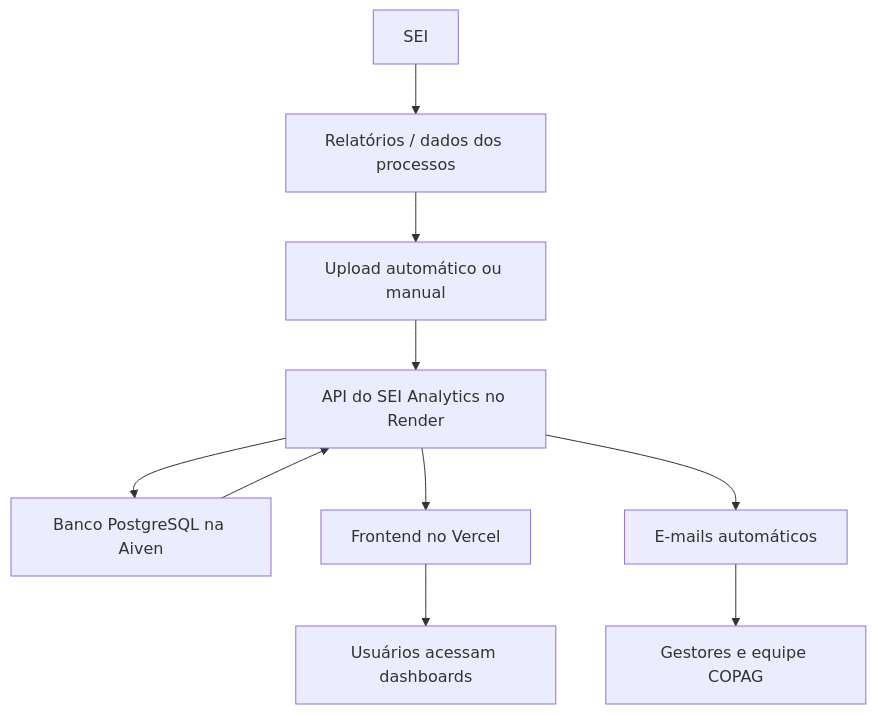
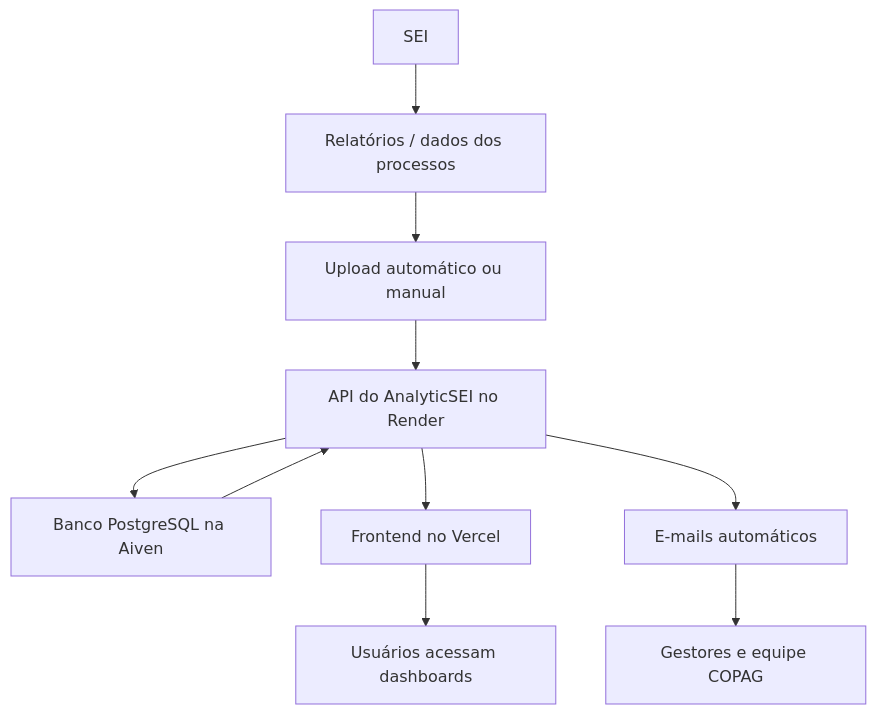
One commit to copag-progep/bi-copag changed the diagram in SEI_ANALYTICS_APRESENTACAO_EQUIPE.md. Above: the diagram before and after it, drawn with Mermaid. The commit also changed other lines of this file and 18 other files, not shown here.

Commit message:
chore: renomear plataforma para AnalyticSEI

````diff
--- a/SEI_ANALYTICS_APRESENTACAO_EQUIPE.md
+++ b/SEI_ANALYTICS_APRESENTACAO_EQUIPE.md
@@ -320,12 +320,12 @@
 ```mermaid
 flowchart TD
     A["SEI"] --> B["Relatórios / dados dos processos"]
     B --> C["Upload automático ou manual"]
-    C --> D["API do SEI Analytics no Render"]
+    C --> D["API do AnalyticSEI no Render"]
     D --> E["Banco PostgreSQL na Aiven"]
     E --> D
     D --> F["Frontend no Vercel"]
     F --> G["Usuários acessam dashboards"]
     D --> H["E-mails automáticos"]
     H --> I["Gestores e equipe COPAG"]
 ```
````
